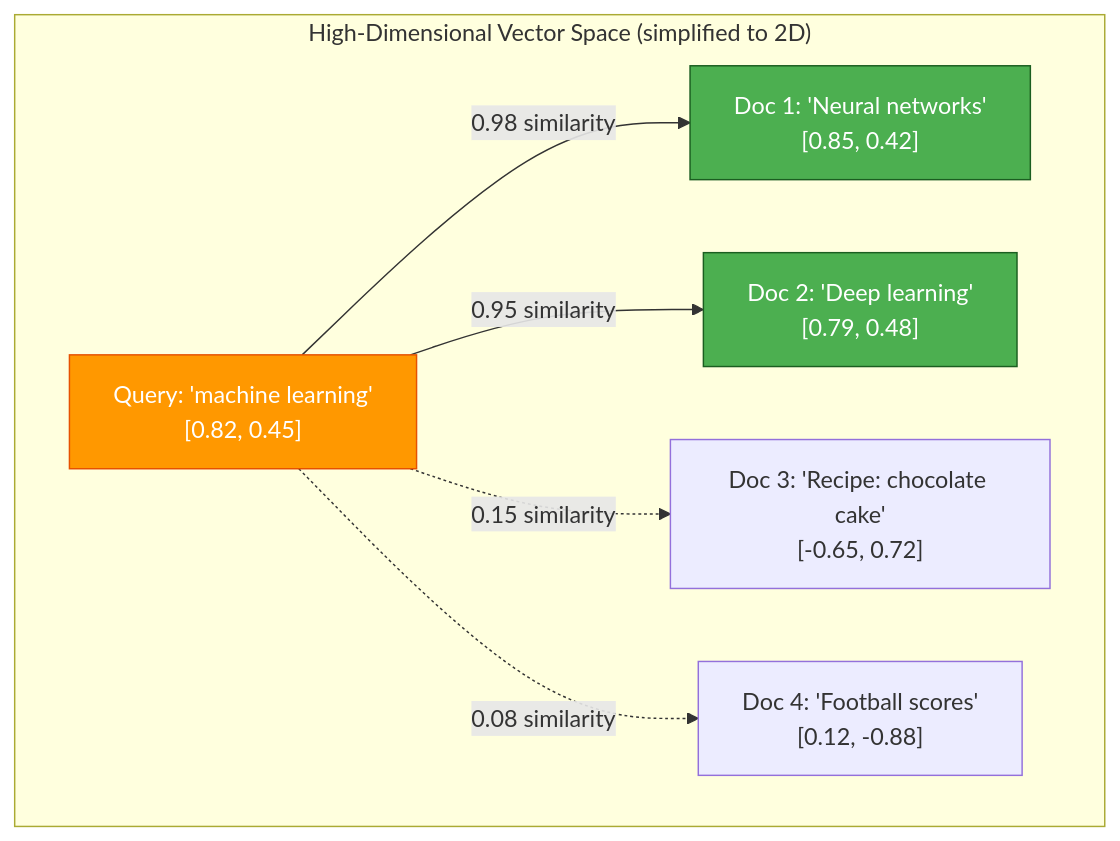
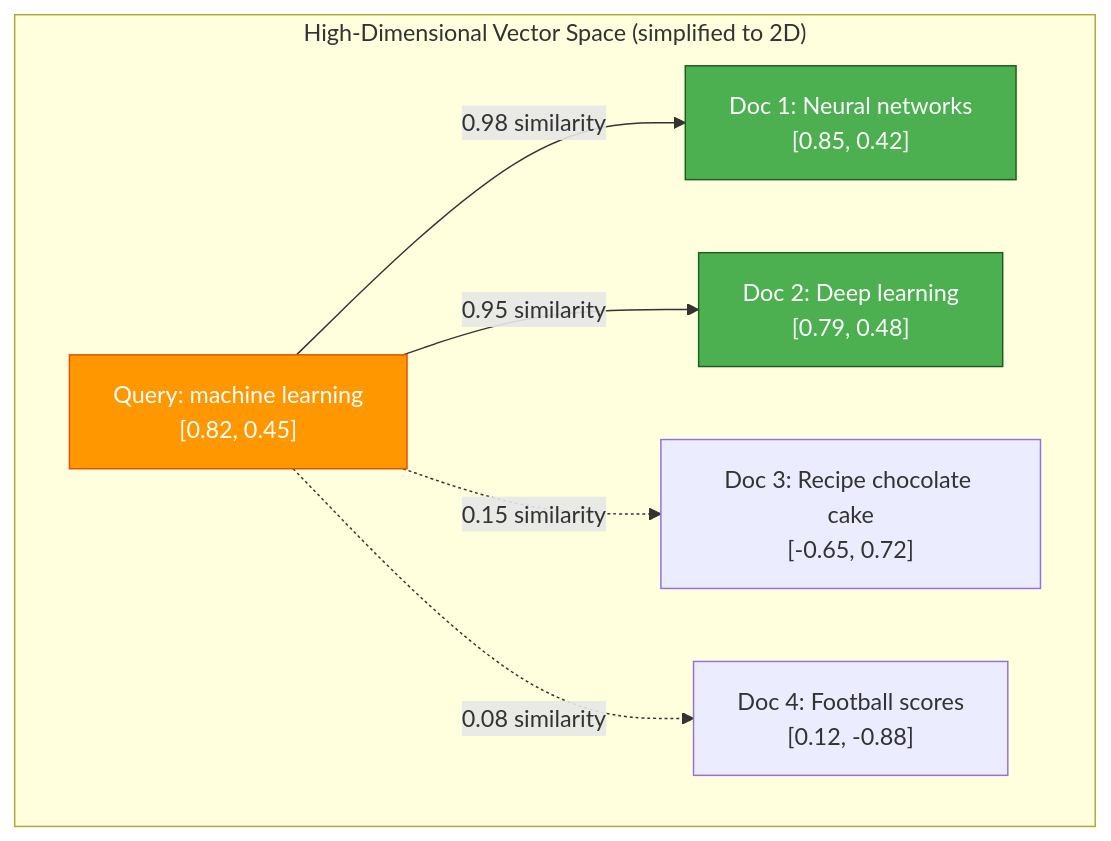
The fourth of 23 diagrams in docs/ai/rag/04-retrieval.mdx (YiWang24/AiDIY), drawn with Mermaid before and after one commit. The commit also changed other lines of this file and 10 other files, not shown here.

First line of the commit message:
docs: enhance RAG documentation and fix Mermaid diagrams

````diff
--- a/docs/ai/rag/04-retrieval.mdx
+++ b/docs/ai/rag/04-retrieval.mdx
@@ -144,20 +144,20 @@
 ```mermaid
 flowchart TB
     subgraph VectorSpace["High-Dimensional Vector Space (simplified to 2D)"]
-        Q["Query: 'machine learning'<br/>[0.82, 0.45]"]
+        Q["Query: machine learning<br/>[0.82, 0.45]"]
 
-        D1["Doc 1: 'Neural networks'<br/>[0.85, 0.42]"]
-        D2["Doc 2: 'Deep learning'<br/>[0.79, 0.48]"]
-        D3["Doc 3: 'Recipe: chocolate cake'<br/>[-0.65, 0.72]"]
-        D4["Doc 4: 'Football scores'<br/>[0.12, -0.88]"]
+        D1["Doc 1: Neural networks<br/>[0.85, 0.42]"]
+        D2["Doc 2: Deep learning<br/>[0.79, 0.48]"]
+        D3["Doc 3: Recipe chocolate cake<br/>[-0.65, 0.72]"]
+        D4["Doc 4: Football scores<br/>[0.12, -0.88]"]
     end
 
     Q -->|0.98 similarity| D1
     Q -->|0.95 similarity| D2
     Q -.->|0.15 similarity| D3
     Q -.->|0.08 similarity| D4
 
     style Q fill:#ff9800,stroke:#e65100,color:#fff
     style D1 fill:#4caf50,stroke:#1b5e20,color:#fff
     style D2 fill:#4caf50,stroke:#1b5e20,color:#fff
 ```
````
